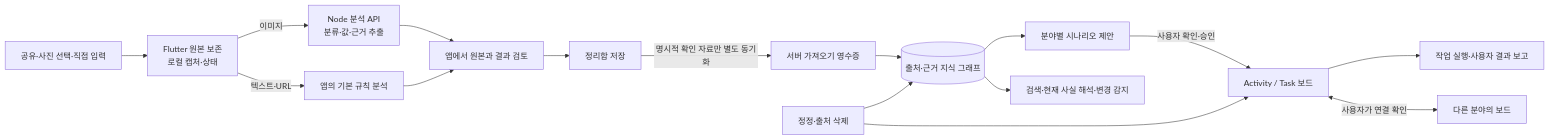
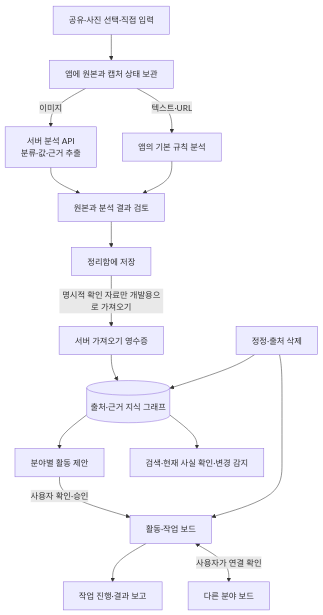
Before and after one commit to orialthq/luffi: the first of 2 diagrams in docs/TEAM_SECOND_BRAIN_STATUS.md, drawn with Mermaid. The commit also changed other lines of this file, not shown here.

````diff
--- a/docs/TEAM_SECOND_BRAIN_STATUS.md
+++ b/docs/TEAM_SECOND_BRAIN_STATUS.md
@@ -22,18 +37,18 @@
 ```mermaid
-flowchart LR
-    A[공유·사진 선택·직접 입력] --> B[Flutter 원본 보존<br/>로컬 캡처·상태]
-    B -->|이미지| C[Node 분석 API<br/>분류·값·근거 추출]
+flowchart TB
+    A[공유·사진 선택·직접 입력] --> B[앱에 원본과 캡처 상태 보관]
+    B -->|이미지| C[서버 분석 API<br/>분류·값·근거 추출]
     B -->|텍스트·URL| T[앱의 기본 규칙 분석]
-    C --> D[앱에서 원본과 결과 검토]
+    C --> D[원본과 분석 결과 검토]
     T --> D
-    D --> E[정리함 저장]
-    E -->|명시적 확인 자료만 별도 동기화| F[서버 가져오기 영수증]
+    D --> E[정리함에 저장]
+    E -->|명시적 확인 자료만 개발용으로 가져오기| F[서버 가져오기 영수증]
     F --> G[(출처·근거 지식 그래프)]
-    G --> H[분야별 시나리오 제안]
-    H -->|사용자 확인·승인| I[Activity / Task 보드]
-    I --> J[작업 실행·사용자 결과 보고]
-    I <-->|사용자가 연결 확인| K[다른 분야의 보드]
-    G --> L[검색·현재 사실 해석·변경 감지]
+    G --> H[분야별 활동 제안]
+    H -->|사용자 확인·승인| I[활동·작업 보드]
+    I --> J[작업 진행·결과 보고]
+    I <-->|사용자가 연결 확인| K[다른 분야 보드]
+    G --> L[검색·현재 사실 확인·변경 감지]
     M[정정·출처 삭제] --> G
     M --> I
 ```
````
